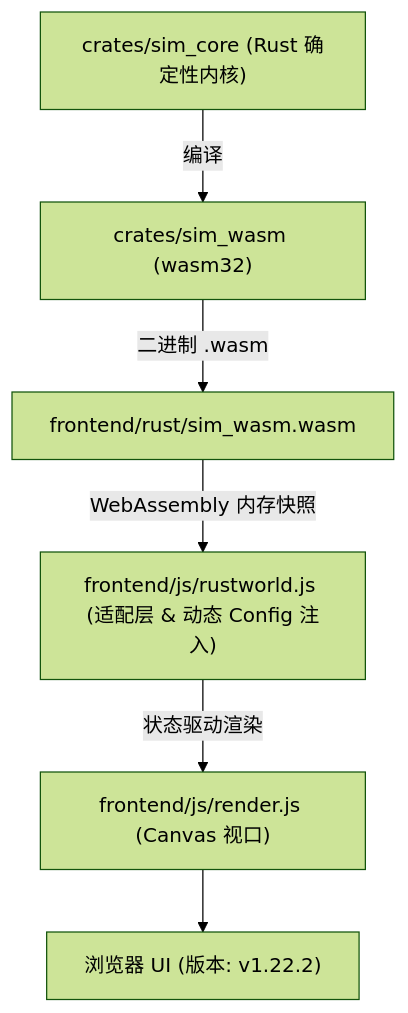
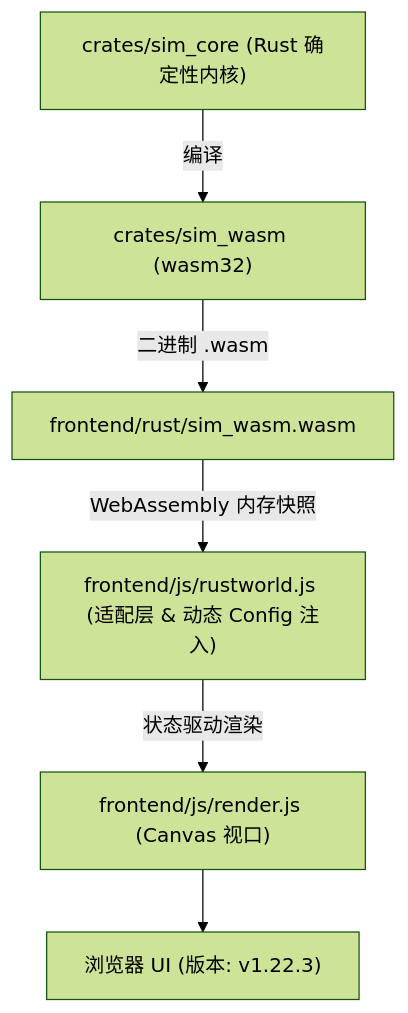
Before and after one commit to g39088902/FlowAndAccord: the diagram in AGENTS.md, drawn with Mermaid (forest theme). The commit also changed other lines of this file and 4 other files, not shown here.

````diff
--- a/AGENTS.md
+++ b/AGENTS.md
@@ -51,8 +51,8 @@
 ```mermaid
 graph TD
     A["crates/sim_core (Rust 确定性内核)"] -->|编译| B["crates/sim_wasm (wasm32)"]
     B -->|二进制 .wasm| C["frontend/rust/sim_wasm.wasm"]
     C -->|WebAssembly 内存快照| D["frontend/js/rustworld.js (适配层 & 动态 Config 注入)"]
     D -->|状态驱动渲染| E["frontend/js/render.js (Canvas 视口)"]
-    E --> F["浏览器 UI (版本: v1.22.2)"]
+    E --> F["浏览器 UI (版本: v1.22.3)"]
 ```
````
